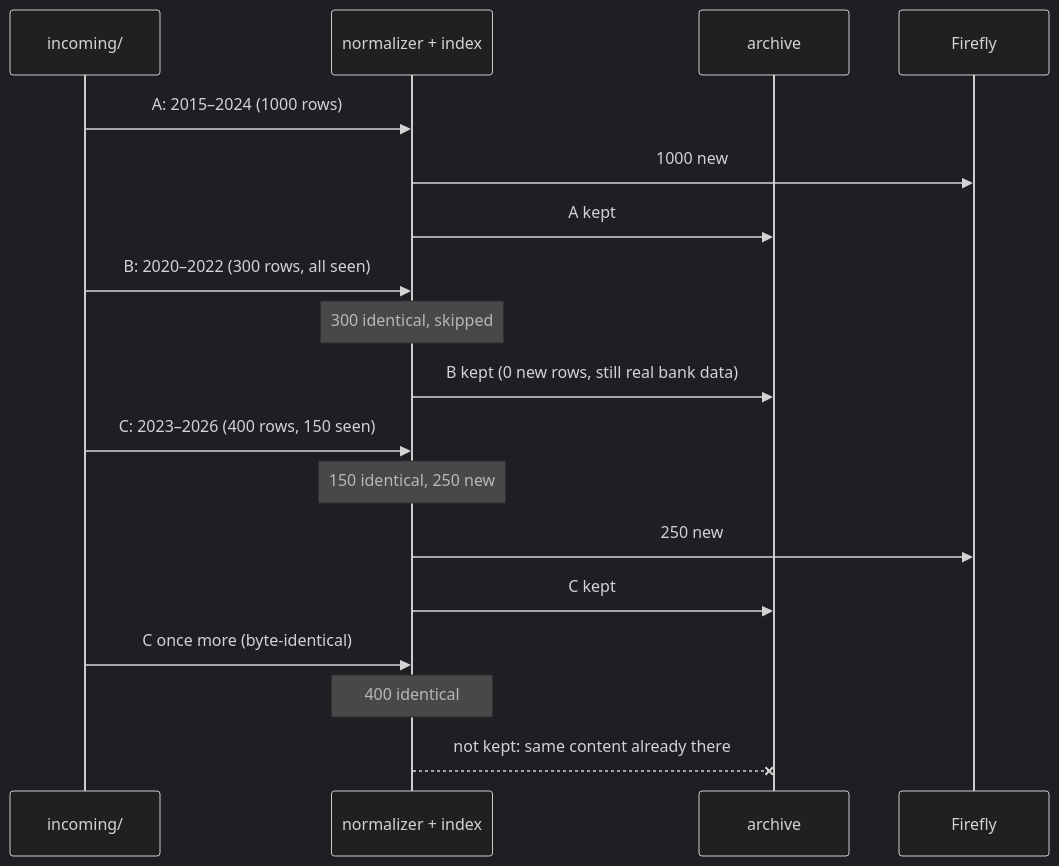
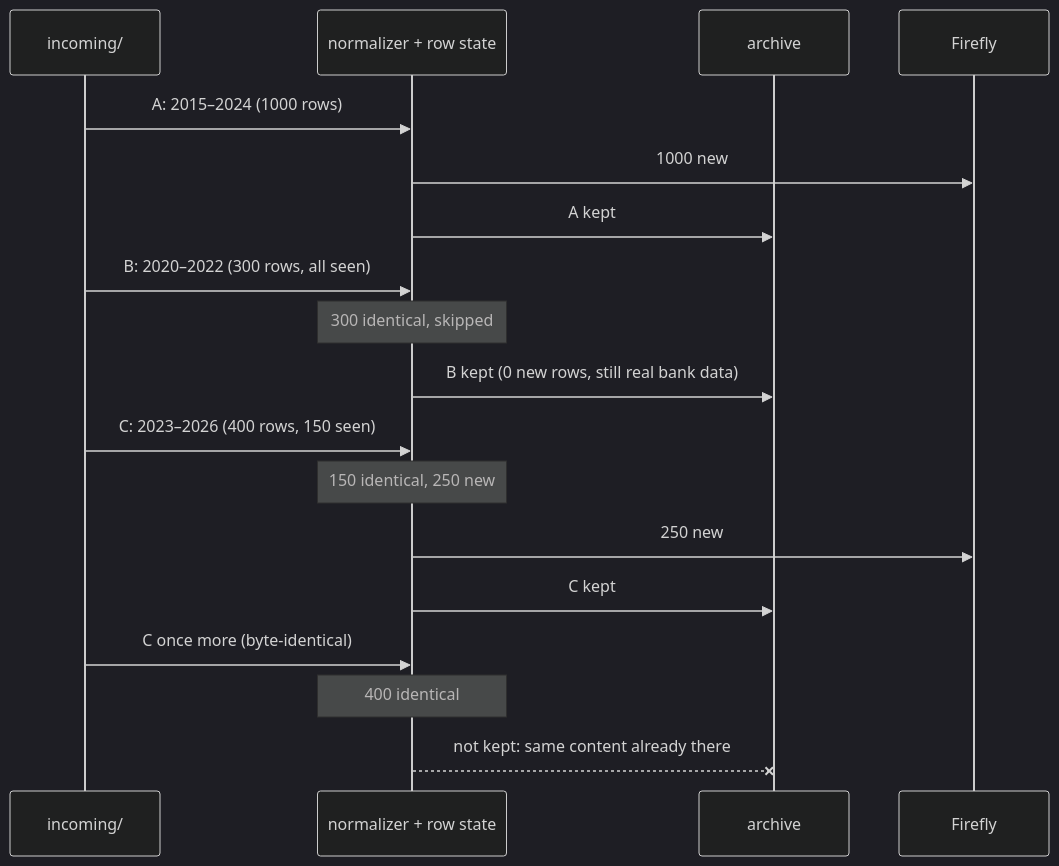
The fifth of 8 diagrams in docs/archive-and-reload.md (TrueNAS-Script-Kiddie/firefly-iii-feeder), drawn with Mermaid (dark theme) before and after one commit. The commit also changed other lines of this file and 13 other files, not shown here.

````diff
--- a/docs/archive-and-reload.md
+++ b/docs/archive-and-reload.md
@@ -137,20 +137,20 @@
 ```mermaid
 sequenceDiagram
     participant B as incoming/
-    participant N as normalizer + index
+    participant N as normalizer + row state
     participant A as archive
     participant F as Firefly
     B->>N: A: 2015–2024 (1000 rows)
     N->>F: 1000 new
     N->>A: A kept
     B->>N: B: 2020–2022 (300 rows, all seen)
     Note over N: 300 identical, skipped
     N->>A: B kept (0 new rows, still real bank data)
     B->>N: C: 2023–2026 (400 rows, 150 seen)
     Note over N: 150 identical, 250 new
     N->>F: 250 new
     N->>A: C kept
     B->>N: C once more (byte-identical)
     Note over N: 400 identical
     N--xA: not kept: same content already there
 ```
````
